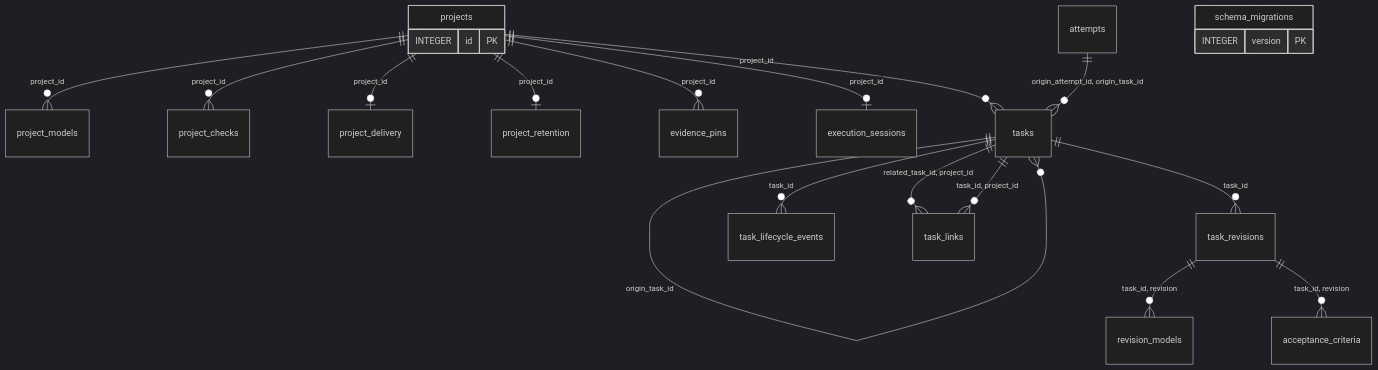
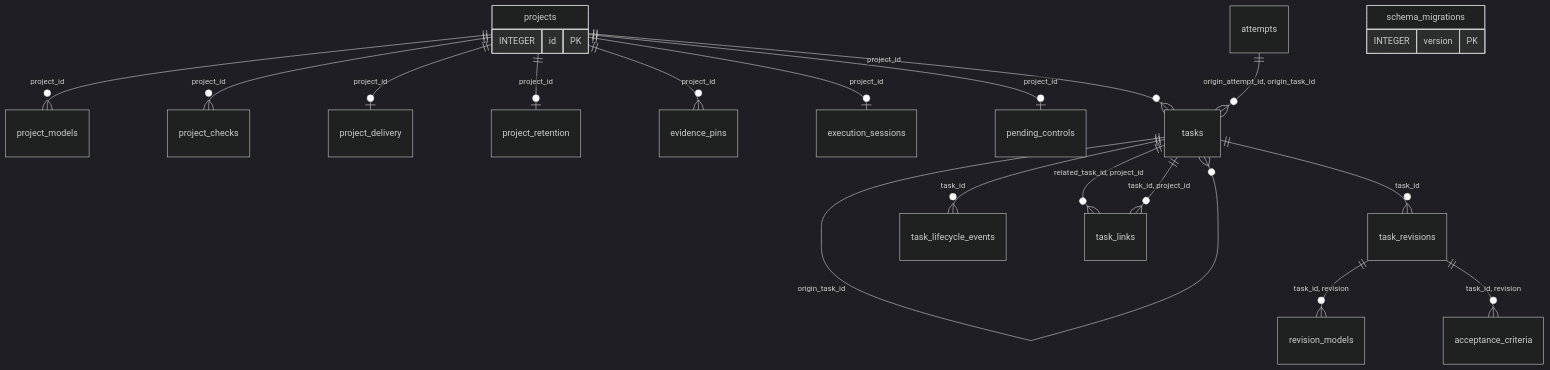
Before and after one commit to IllyaYalovyy/ktask-rs: the first of 3 diagrams in docs/STORAGE.md, drawn with Mermaid (dark theme). The commit also changed other lines of this file and 12 other files, not shown here.

````diff
--- a/docs/STORAGE.md
+++ b/docs/STORAGE.md
@@ -147,25 +151,26 @@
 ```mermaid
 erDiagram
     projects {
         INTEGER id PK
     }
     projects ||--o{ project_models : "project_id"
     projects ||--o{ project_checks : "project_id"
     projects ||--o| project_delivery : "project_id"
     projects ||--o| project_retention : "project_id"
     projects ||--o{ evidence_pins : "project_id"
     projects ||--o| execution_sessions : "project_id"
+    projects ||--o| pending_controls : "project_id"
     projects ||--o{ tasks : "project_id"
     tasks ||--o{ tasks : "recovery_root_id"
     tasks ||--o{ tasks : "origin_task_id"
     attempts ||--o{ tasks : "origin_attempt_id, origin_task_id"
     tasks ||--o{ task_revisions : "task_id"
     tasks ||--o{ task_lifecycle_events : "task_id"
     task_revisions ||--o{ revision_models : "task_id, revision"
     task_revisions ||--o{ acceptance_criteria : "task_id, revision"
     tasks ||--o{ task_links : "related_task_id, project_id"
     tasks ||--o{ task_links : "task_id, project_id"
     schema_migrations {
         INTEGER version PK
     }
 ```
````
